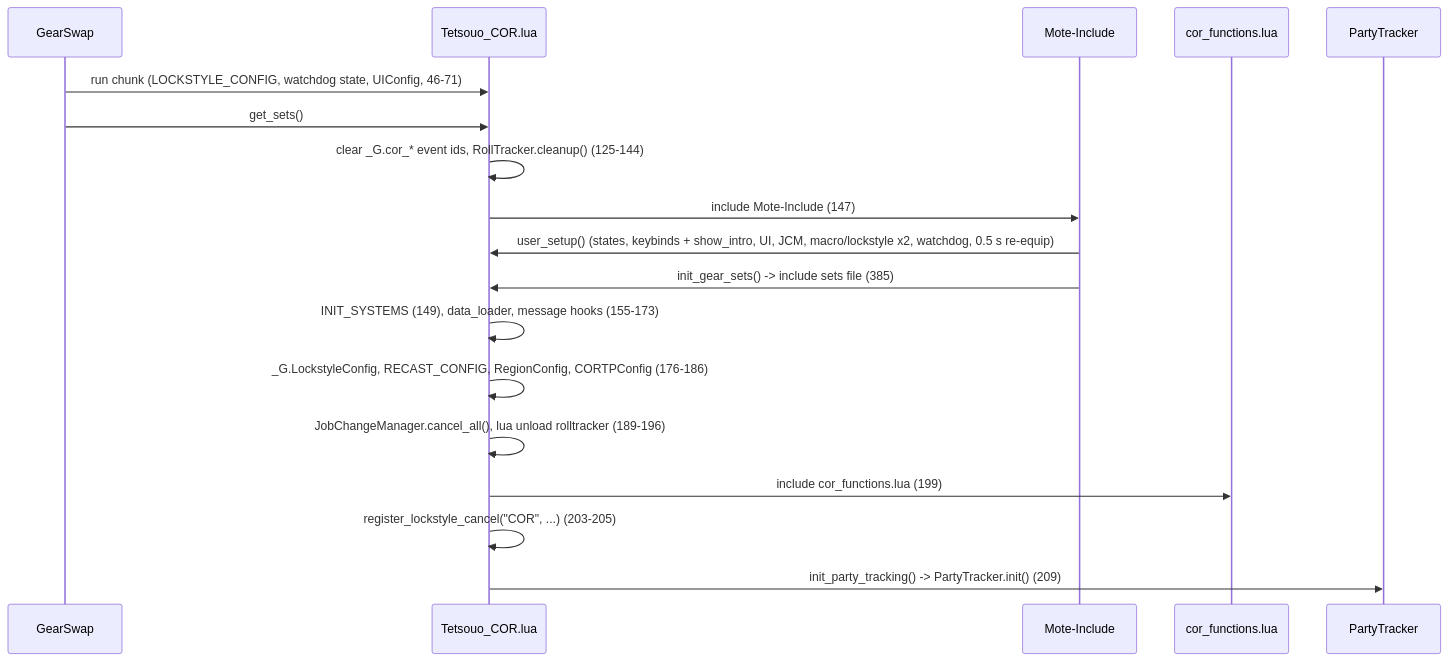
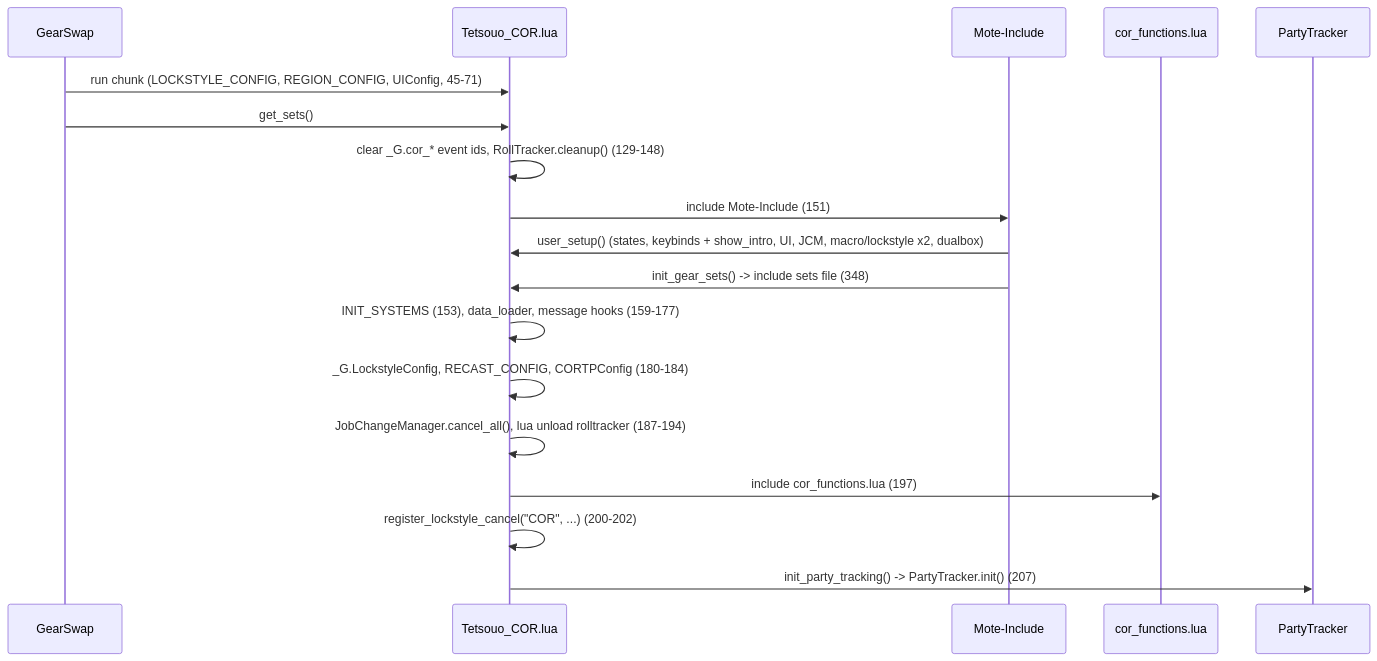
Before and after one commit to ejouanchicot/Gearswap: the first of 2 diagrams in docs/dev/jobs/cor.md, drawn with Mermaid. The commit also changed other lines of this file and 81 other files, not shown here.

````diff
--- a/docs/dev/jobs/cor.md
+++ b/docs/dev/jobs/cor.md
@@ -82,20 +86,20 @@
 ```mermaid
 sequenceDiagram
     participant GS as GearSwap
     participant E as Tetsouo_COR.lua
     participant M as Mote-Include
     participant F as cor_functions.lua
     participant P as PartyTracker
-    GS->>E: run chunk (LOCKSTYLE_CONFIG, watchdog state, UIConfig, 46-71)
+    GS->>E: run chunk (LOCKSTYLE_CONFIG, REGION_CONFIG, UIConfig, 45-71)
     GS->>E: get_sets()
-    E->>E: clear _G.cor_* event ids, RollTracker.cleanup() (125-144)
-    E->>M: include Mote-Include (147)
-    M->>E: user_setup() (states, keybinds + show_intro, UI, JCM, macro/lockstyle x2, watchdog, 0.5 s re-equip)
-    M->>E: init_gear_sets() -> include sets file (385)
-    E->>E: INIT_SYSTEMS (149), data_loader, message hooks (155-173)
-    E->>E: _G.LockstyleConfig, RECAST_CONFIG, RegionConfig, CORTPConfig (176-186)
-    E->>E: JobChangeManager.cancel_all(), lua unload rolltracker (189-196)
-    E->>F: include cor_functions.lua (199)
-    E->>E: register_lockstyle_cancel("COR", ...) (203-205)
-    E->>P: init_party_tracking() -> PartyTracker.init() (209)
+    E->>E: clear _G.cor_* event ids, RollTracker.cleanup() (129-148)
+    E->>M: include Mote-Include (151)
+    M->>E: user_setup() (states, keybinds + show_intro, UI, JCM, macro/lockstyle x2, dualbox)
+    M->>E: init_gear_sets() -> include sets file (348)
+    E->>E: INIT_SYSTEMS (153), data_loader, message hooks (159-177)
+    E->>E: _G.LockstyleConfig, RECAST_CONFIG, CORTPConfig (180-184)
+    E->>E: JobChangeManager.cancel_all(), lua unload rolltracker (187-194)
+    E->>F: include cor_functions.lua (197)
+    E->>E: register_lockstyle_cancel("COR", ...) (200-202)
+    E->>P: init_party_tracking() -> PartyTracker.init() (207)
 ```
````
